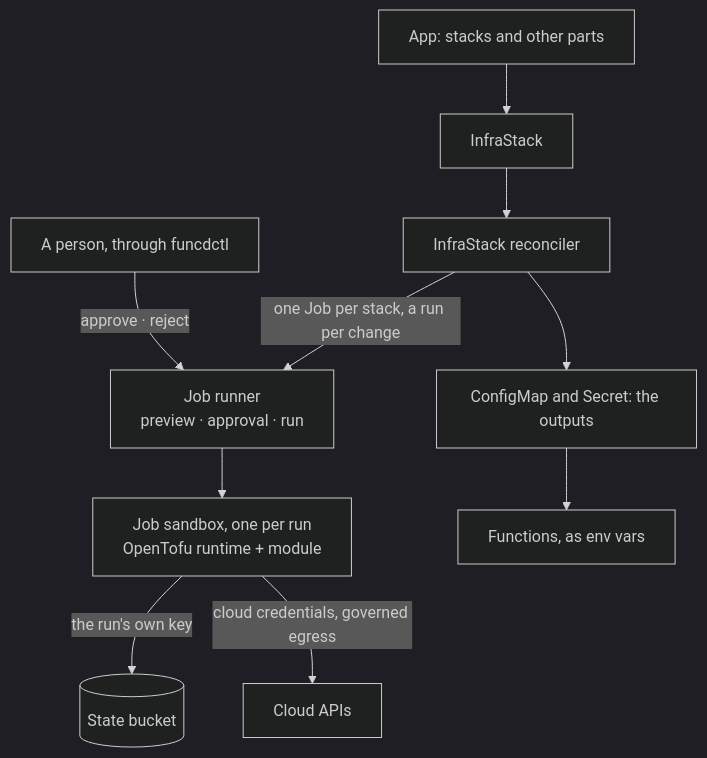
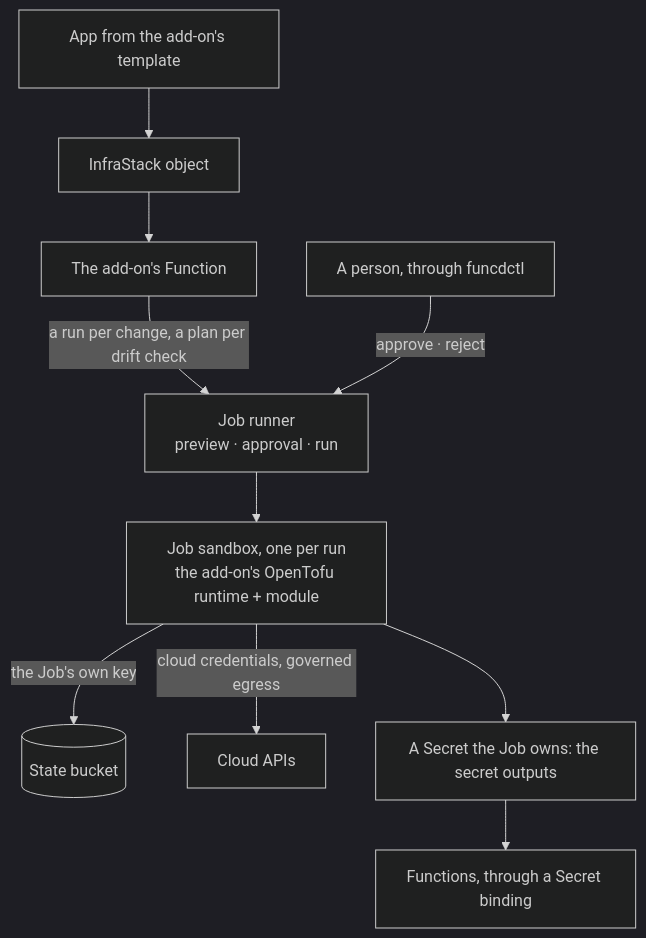
The second of 2 diagrams in docs/feat/0012-feat-infrastack.md (pyvvo/funcd), drawn with Mermaid (dark theme) before and after one commit. The commit also changed other lines of this file and 3 other files, not shown here.

First line of the commit message:
docs(feat): InfraStack is an add-on that ships its OpenTofu runtime

````diff
--- a/docs/feat/0012-feat-infrastack.md
+++ b/docs/feat/0012-feat-infrastack.md
@@ -106,12 +112,12 @@
 ```mermaid
 flowchart TB
-    APP["App: stacks and other parts"] --> STACK["InfraStack"]
-    STACK --> REC["InfraStack reconciler"]
-    REC -->|"one Job per stack, a run per change"| RUNNER["Job runner<br/>preview · approval · run"]
+    APP["App from the add-on's template"] --> STACK["InfraStack object"]
+    STACK --> FN["The add-on's Function"]
+    FN -->|"a run per change, a plan per drift check"| RUNNER["Job runner<br/>preview · approval · run"]
     PERSON["A person, through funcdctl"] -->|"approve · reject"| RUNNER
-    RUNNER --> SBX["Job sandbox, one per run<br/>OpenTofu runtime + module"]
-    SBX -->|"the run's own key"| STATE[("State bucket")]
+    RUNNER --> SBX["Job sandbox, one per run<br/>the add-on's OpenTofu runtime + module"]
+    SBX -->|"the Job's own key"| STATE[("State bucket")]
     SBX -->|"cloud credentials, governed egress"| CLOUD["Cloud APIs"]
-    REC --> OUT["ConfigMap and Secret: the outputs"]
-    OUT --> FN["Functions, as env vars"]
+    SBX --> OUT["A Secret the Job owns: the secret outputs"]
+    OUT --> FNS["Functions, through a Secret binding"]
 ```
````
